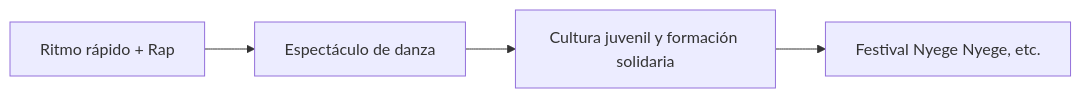
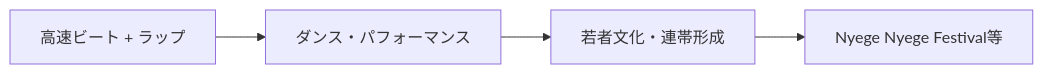
Before and after one commit to monumental-movement/monumental-movement.github.io: the second of 6 diagrams in es/_posts/2025-10-04-Column-Nyege-Nyege.md, drawn with Mermaid. The commit also changed other lines of this file and 299 other files, not shown here.

```diff
--- a/es/_posts/2025-10-04-Column-Nyege-Nyege.md
+++ b/es/_posts/2025-10-04-Column-Nyege-Nyege.md
@@ -138,8 +138,8 @@
 <div class="mermaid">
 
 flowchart LR
-    Music["Ritmo rápido + Rap"] --> Dance["Espectáculo de danza"]
-    Dance --> Community["Cultura juvenil y formación solidaria"]
-    Community --> Festivals["Festival Nyege Nyege, etc."]
+    Music["高速ビート + ラップ"] --> Dance["ダンス・パフォーマンス"]
+    Dance --> Community["若者文化・連帯形成"]
+    Community --> Festivals["Nyege Nyege Festival等"]
 
 </div>
```
